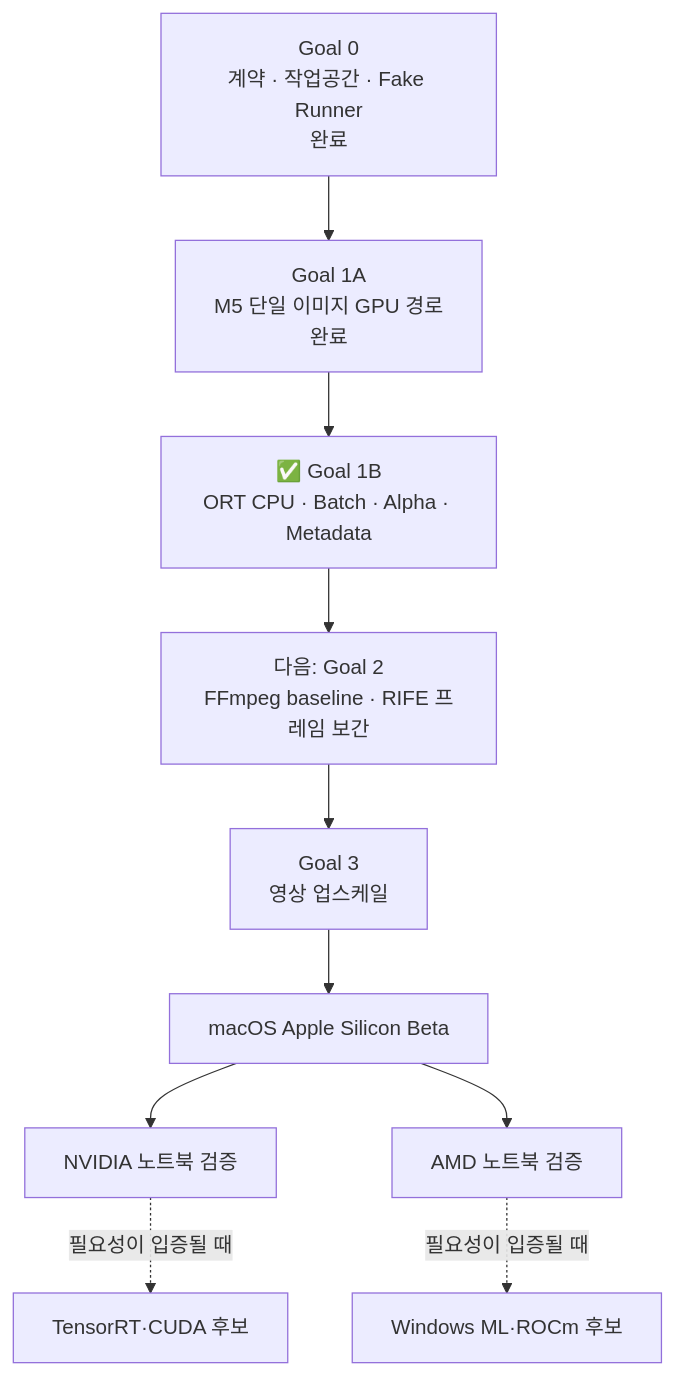
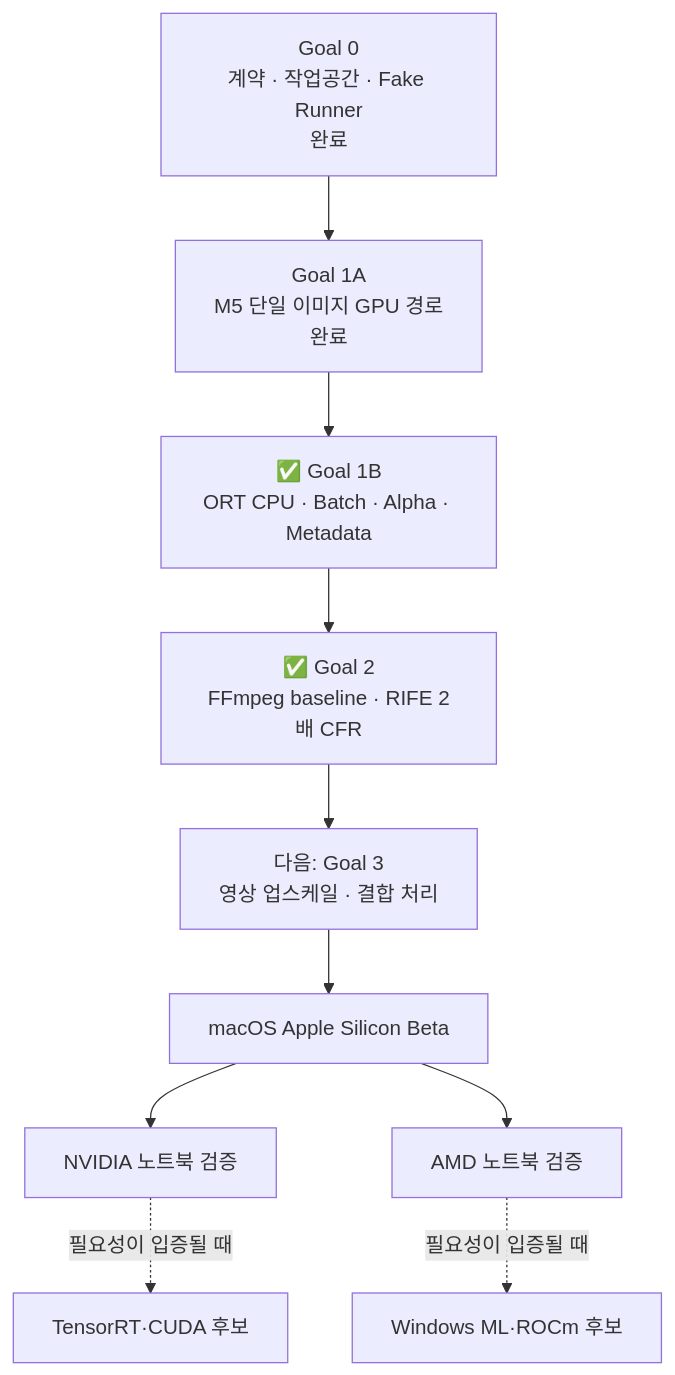
The fourth of 4 diagrams in README.md (zooslab/zoos-upscale), drawn with Mermaid before and after one commit. The commit also changed other lines of this file and 1 other file, not shown here.

Commit message:
docs: Goal 2 구현 현황 반영

````diff
--- a/README.md
+++ b/README.md
@@ -122,12 +156,12 @@
 ```mermaid
 flowchart TB
     G0["Goal 0<br/>계약 · 작업공간 · Fake Runner<br/>완료"] --> G1A["Goal 1A<br/>M5 단일 이미지 GPU 경로<br/>완료"]
     G1A --> G1B["✅ Goal 1B<br/>ORT CPU · Batch · Alpha · Metadata"]
-    G1B --> G2["다음: Goal 2<br/>FFmpeg baseline · RIFE 프레임 보간"]
-    G2 --> G3["Goal 3<br/>영상 업스케일"]
+    G1B --> G2["✅ Goal 2<br/>FFmpeg baseline · RIFE 2배 CFR"]
+    G2 --> G3["다음: Goal 3<br/>영상 업스케일 · 결합 처리"]
     G3 --> BETA["macOS Apple Silicon Beta"]
     BETA --> NV["NVIDIA 노트북 검증"]
     BETA --> AMD["AMD 노트북 검증"]
     NV -. "필요성이 입증될 때" .-> CUDA["TensorRT·CUDA 후보"]
     AMD -. "필요성이 입증될 때" .-> ROCM["Windows ML·ROCm 후보"]
 ```
````
